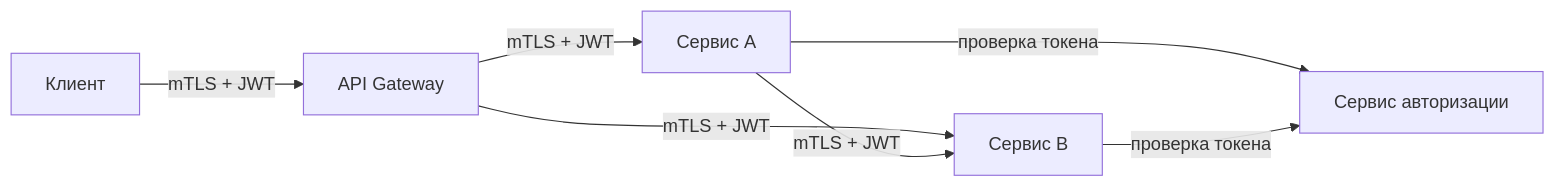
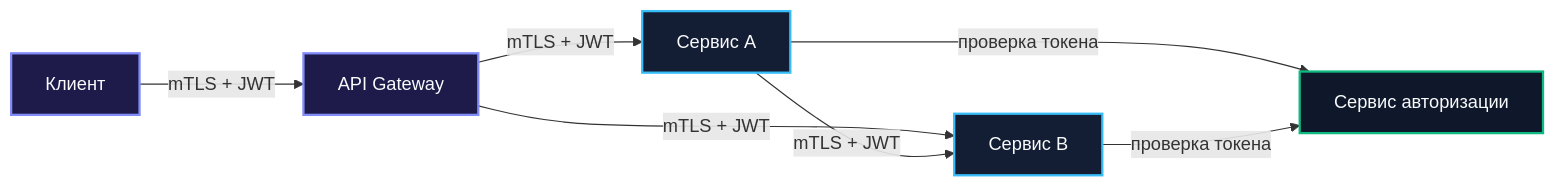
One commit to UnrealTemplier/go-textbook changed the first of 3 diagrams in sources/11. Архитектура и System Design/45. Zero Trust и сетевые границы.md. Above: the diagram before and after it, drawn with Mermaid. The commit also changed other lines of this file, not shown here.

````diff
--- a/sources/11. Архитектура и System Design/45. Zero Trust и сетевые границы.md
+++ b/sources/11. Архитектура и System Design/45. Zero Trust и сетевые границы.md
@@ -12,15 +27,22 @@
 ```mermaid
 flowchart LR
     Client["Клиент"]
     Gateway["API Gateway"]
     ServiceA["Сервис A"]
     ServiceB["Сервис B"]
     AuthZ["Сервис авторизации"]
 
     Client -->|"mTLS + JWT"| Gateway
     Gateway -->|"mTLS + JWT"| ServiceA
     Gateway -->|"mTLS + JWT"| ServiceB
     ServiceA -->|"mTLS + JWT"| ServiceB
     ServiceA -->|"проверка токена"| AuthZ
     ServiceB -->|"проверка токена"| AuthZ
+
+    classDef c fill:#1e1b4b,stroke:#818cf8,stroke-width:2px,color:#f8fafc;
+    classDef s fill:#131d33,stroke:#38bdf8,stroke-width:2px,color:#f8fafc;
+    classDef a fill:#0f172a,stroke:#10b981,stroke-width:2px,color:#f8fafc;
+    class Client,Gateway c;
+    class ServiceA,ServiceB s;
+    class AuthZ a;
 ```
````
